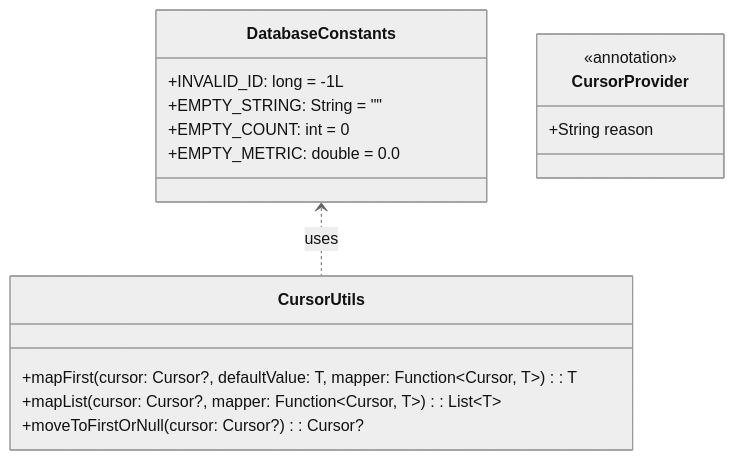
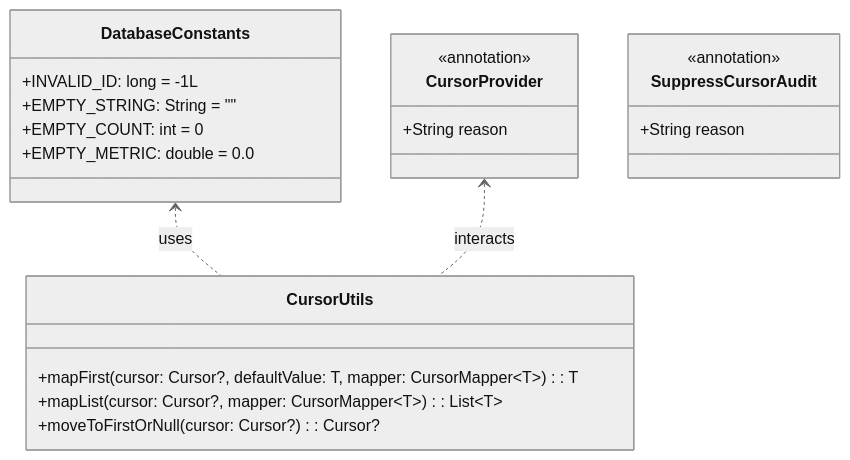
One commit to rainerblind/aTrainingTracker changed the diagram in docs/engineering/plans/ATT-3550_plan.md. Above: the diagram before and after it, drawn with Mermaid (neutral theme). The commit also changed other lines of this file, not shown here.

Commit message:
docs(plan): refine Stage 3 plan with exception policy, CI/CD blocking gate, SuppressCursorAudit, and scope bounding (ATT-3550)

````diff
--- a/docs/engineering/plans/ATT-3550_plan.md
+++ b/docs/engineering/plans/ATT-3550_plan.md
@@ -21,19 +21,24 @@
 ```mermaid
 classDiagram
     class DatabaseConstants {
         +INVALID_ID: long = -1L
         +EMPTY_STRING: String = ""
         +EMPTY_COUNT: int = 0
         +EMPTY_METRIC: double = 0.0
     }
     class CursorUtils {
-        +mapFirst(cursor: Cursor?, defaultValue: T, mapper: Function~Cursor, T~): T
-        +mapList(cursor: Cursor?, mapper: Function~Cursor, T~): List~T~
+        +mapFirst(cursor: Cursor?, defaultValue: T, mapper: CursorMapper~T~): T
+        +mapList(cursor: Cursor?, mapper: CursorMapper~T~): List~T~
         +moveToFirstOrNull(cursor: Cursor?): Cursor?
     }
     class CursorProvider {
         <<annotation>>
         +String reason
     }
+    class SuppressCursorAudit {
+        <<annotation>>
+        +String reason
+    }
     DatabaseConstants <.. CursorUtils : uses
+    CursorProvider <.. CursorUtils : interacts
 ```
````
